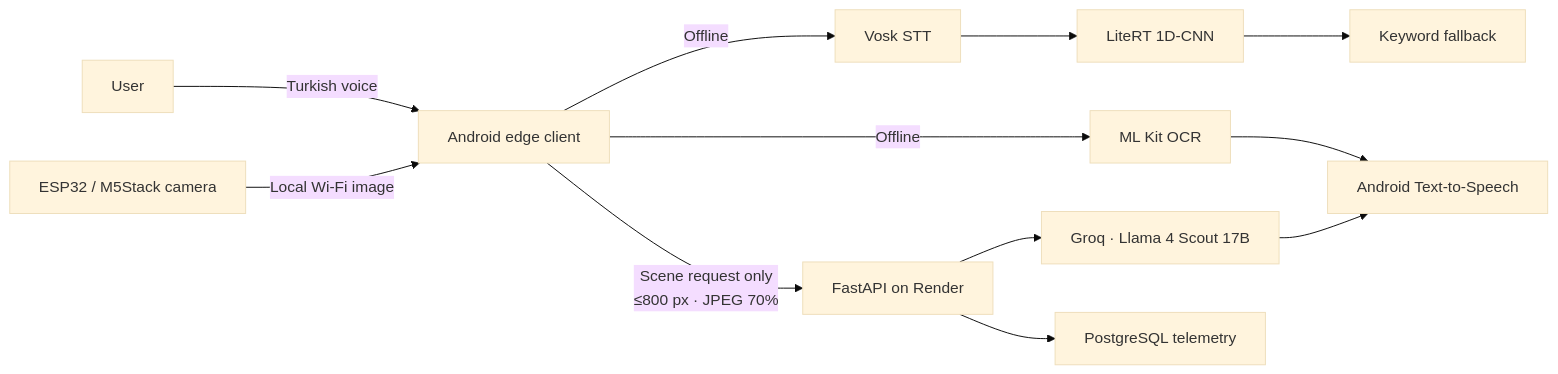
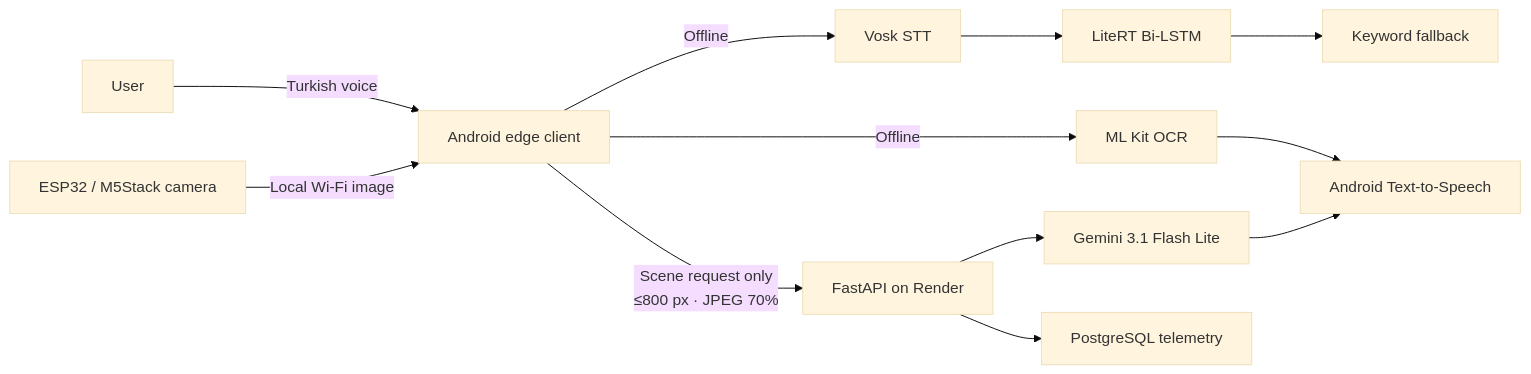
One commit to MahmoudAllabani/turkish-hybrid-vision-assistant-for-visually-impaired changed the diagram in README.md. Above: the diagram before and after it, drawn with Mermaid (base theme). The commit also changed other lines of this file, not shown here.

````diff
--- a/README.md
+++ b/README.md
@@ -35,11 +35,11 @@
 ```mermaid
 flowchart LR
  U["User"] -->|"Turkish voice"| A["Android edge client"]
  E["ESP32 / M5Stack camera"] -->|"Local Wi-Fi image"| A
- A -->|"Offline"| S["Vosk STT"] --> I["LiteRT 1D-CNN"] --> K["Keyword fallback"]
+ A -->|"Offline"| S["Vosk STT"] --> I["LiteRT Bi-LSTM"] --> K["Keyword fallback"]
  A -->|"Offline"| O["ML Kit OCR"] --> T["Android Text-to-Speech"]
  A -->|"Scene request only\n≤800 px · JPEG 70%"| F["FastAPI on Render"]
- F --> L["Groq · Llama 4 Scout 17B"]
+ F --> L["Gemini 3.1 Flash Lite"]
  F --> P["PostgreSQL telemetry"]
  L --> T
 ```
````
